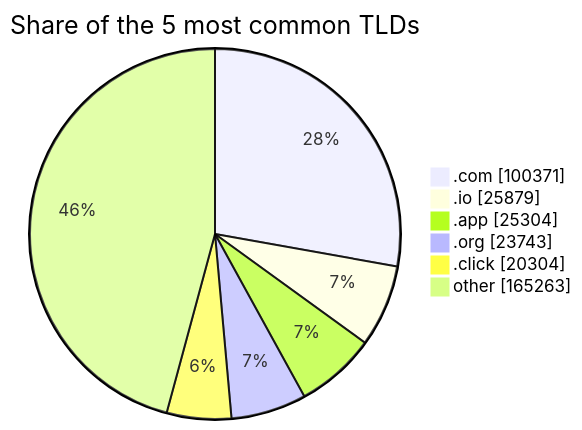
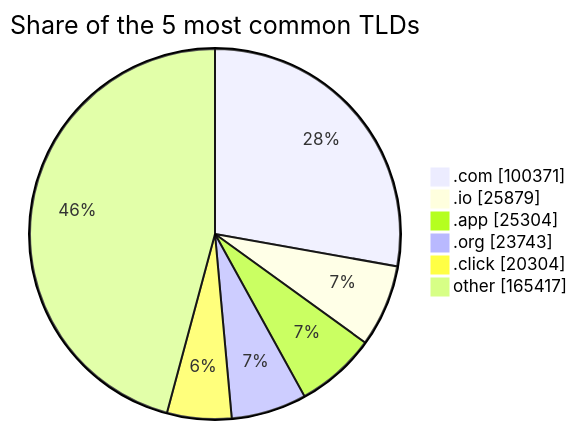
One commit to DNSBunker/CTI changed the third of 3 diagrams in README.md. Above: the diagram before and after it, drawn with Mermaid. The commit also changed other lines of this file and 3 other files, not shown here.

````diff
--- a/README.md
+++ b/README.md
@@ -81,9 +81,9 @@
 ```mermaid
 pie showData title Share of the 5 most common TLDs
     ".com" : 100371
     ".io" : 25879
     ".app" : 25304
     ".org" : 23743
     ".click" : 20304
-    "other" : 165263
+    "other" : 165417
 ```
````
